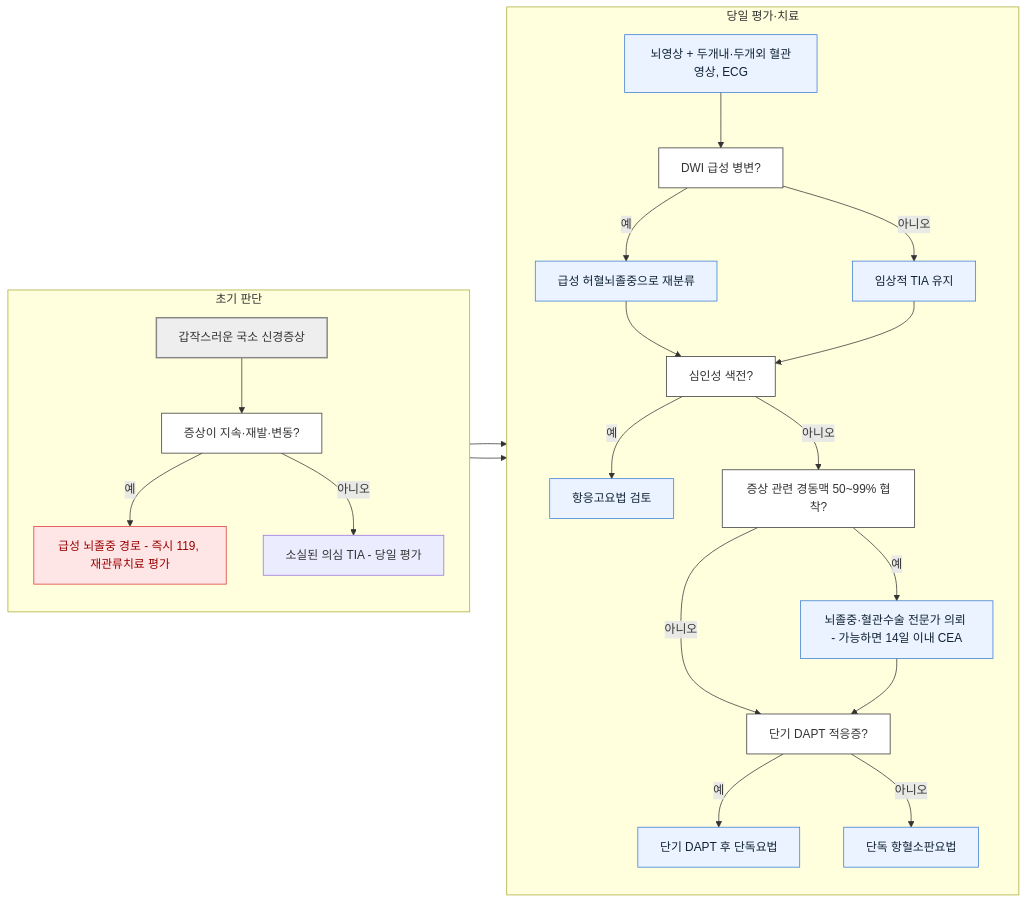
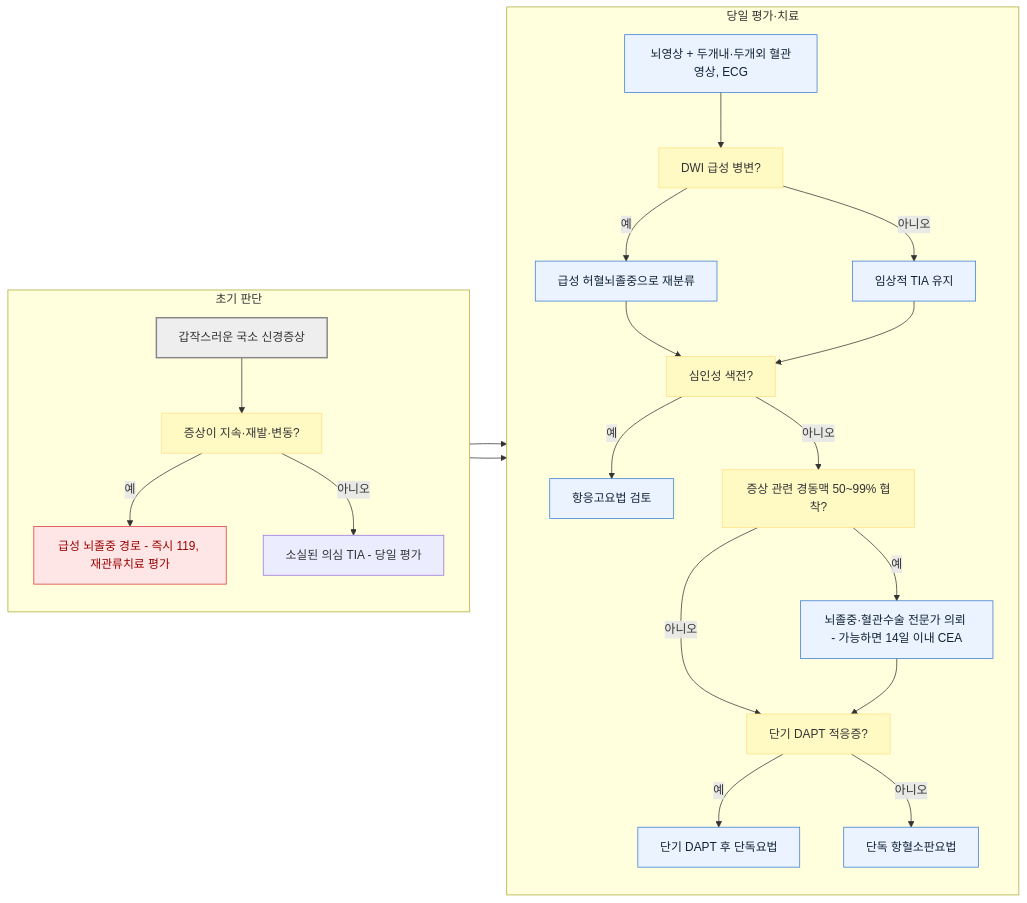
Before and after one commit to familyoh77/familyoh77: the diagram in 221_/023_-tia.md, drawn with Mermaid. The commit also changed other lines of this file and 4 other files, not shown here.

````diff
--- a/221_/023_-tia.md
+++ b/221_/023_-tia.md
@@ -143,34 +143,34 @@
 ```mermaid
 flowchart LR
   subgraph SL["초기 판단"]
     direction TB
     A["갑작스러운 국소 신경증상"] --> B["증상이 지속·재발·변동?"]
     B -->|예| C["급성 뇌졸중 경로 - 즉시 119, 재관류치료 평가"]
     B -->|아니오| D["소실된 의심 TIA - 당일 평가"]
   end
   subgraph SR["당일 평가·치료"]
     direction TB
     E["뇌영상 + 두개내·두개외 혈관영상, ECG"] --> F["DWI 급성 병변?"]
     F -->|예| G["급성 허혈뇌졸중으로 재분류"]
     F -->|아니오| H["임상적 TIA 유지"]
     G --> I["심인성 색전?"]
     H --> I
     I -->|예| J["항응고요법 검토"]
     I -->|아니오| K["증상 관련 경동맥 50~99% 협착?"]
     K -->|예| P["뇌졸중·혈관수술 전문가 의뢰 - 가능하면 14일 이내 CEA"]
     K -->|아니오| M["단기 DAPT 적응증?"]
     P --> M
     M -->|예| N["단기 DAPT 후 단독요법"]
     M -->|아니오| O["단독 항혈소판요법"]
   end
   D --> E
   C --> E
   classDef start fill:#eeeeee,stroke:#888888,stroke-width:2px
-  classDef question fill:#fff,stroke:#333
+  classDef question fill:#fff9c4,stroke:#ffe082
   classDef danger fill:#ffe6e6,stroke:#d33,color:#900
   classDef action fill:#eaf3ff,stroke:#367bd6,color:#123
   class A start
   class B,F,I,K,M question
   class C danger
   class E,G,H,J,P,N,O action
 ```
````
